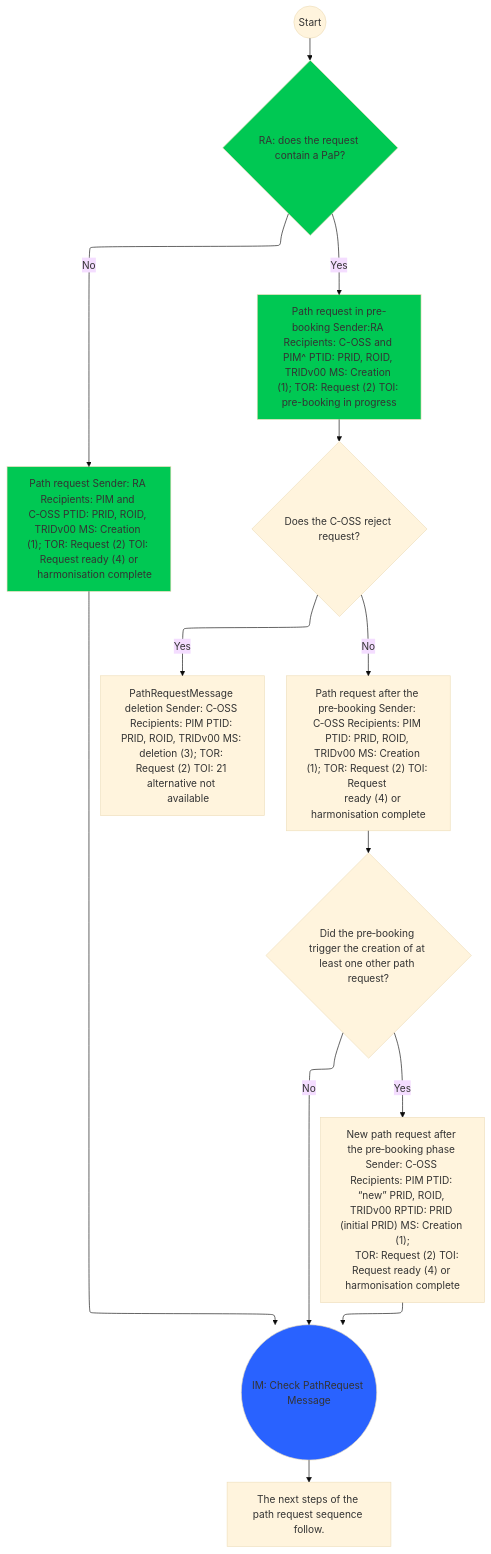
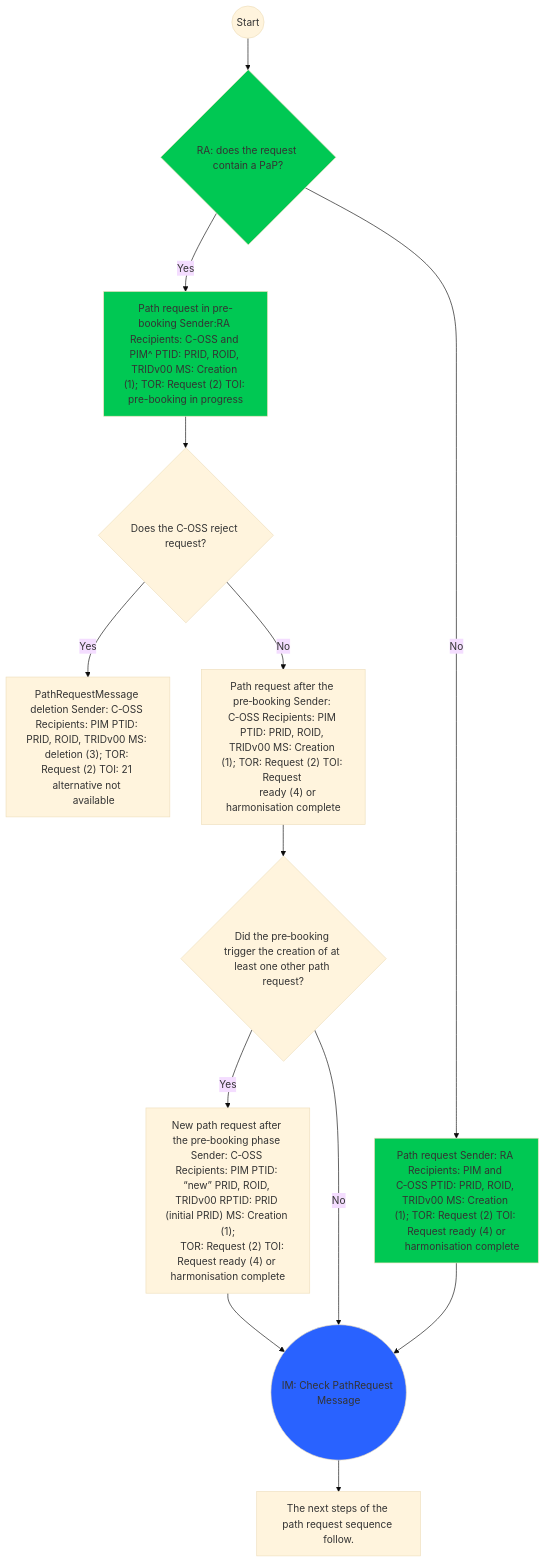
Before and after one commit to floriandettmeier/mermaid-workspace: the diagram in Test.mmd, drawn with Mermaid (base theme).

```diff
--- a/Test.mmd
+++ b/Test.mmd
@@ -1,66 +1,66 @@
 
-%%{init: {"flowchart": {"defaultRenderer": "elk"}} }%%
+%%{init: {"flowchart": {"defaultRenderer": "dagre"}} }%%
 flowchart TD
 
 
 
 
 
 
 
    start((Start))
    
     checkPaP{RA: does the request contain a PaP?}
     
     pathRequestPreBooking["Path request in pre-booking Sender:RA Recipients: C-OSS and PIM^ PTID: PRID, ROID, TRIDv00 MS: Creation (1); TOR: Request (2) TOI: pre-booking in progress"]
     
     pathRequestNo["Path request Sender: RA Recipients: PIM and C‑OSS PTID: PRID, ROID, TRIDv00 MS: Creation (1); TOR: Request (2) TOI: Request ready (4) or
     harmonisation complete"]
     
     cossReject{Does the C‑OSS reject request?}
     
     cossDeletion["PathRequestMessage deletion Sender: C‑OSS Recipients: PIM PTID: PRID, ROID, TRIDv00 MS: deletion (3); TOR: Request (2) TOI: 21 alternative not 
     available"]
      
      pathAfterPreBooking["Path request after the pre‑booking Sender: C‑OSS Recipients: PIM PTID: PRID, ROID, TRIDv00 MS: Creation (1); TOR: Request (2) TOI: Request 
     ready (4) or harmonisation complete"]
     
     prebookingTrigger{Did the pre‑booking trigger the creation of at least one other path request?}
     
     newPath["New path request after the pre‑booking phase Sender: C‑OSS Recipients: PIM PTID: “new” PRID, ROID, TRIDv00 RPTID: PRID (initial PRID) MS: Creation (1);
     TOR: Request (2) TOI: Request ready (4) or harmonisation complete"]
     
     imCheck((IM: Check PathRequest Message))
     
     nextSteps["The next steps of the path request sequence follow."]
     
   
     
     start --> checkPaP
     checkPaP -- Yes --> pathRequestPreBooking
     checkPaP -- No --> pathRequestNo
     pathRequestNo --> imCheck
     pathRequestPreBooking --> cossReject
     cossReject -- Yes --> cossDeletion 
     cossReject -- No --> pathAfterPreBooking --> prebookingTrigger
     prebookingTrigger -- Yes --> newPath --> imCheck
     prebookingTrigger -- No --> imCheck
     imCheck --> nextSteps
     
     classDef Blue fill:#2962FF;
     classDef Green fill:#00C853;
     
     class imCheck Blue;
     class checkPaP,pathRequestPreBooking,pathRequestNo Green;
 
      click start href "Test#L11" "Start node code" _blank
     click checkPaP href "Test#L13" "checkPaP code" _blank
     click pathRequestPreBooking href "Test#L15" "pathRequestPreBooking code" _blank
     click pathRequestNo href "Test#L17" "pathRequestNo code" _blank
     click cossReject href "Test#L20" "cossReject code" _blank
     click cossDeletion href "Test#L22" "cossDeletion code" _blank
     click pathAfterPreBooking href "Test#L25" "pathAfterPreBooking code" _blank
     click prebookingTrigger href "Test#L28" "prebookingTrigger code" _blank
     click newPath href "Test#L30" "newPath code" _blank
     click imCheck href "Test#L33" "imCheck code" _blank
     click nextSteps href "Test#L35" "nextSteps code" _blank
```
